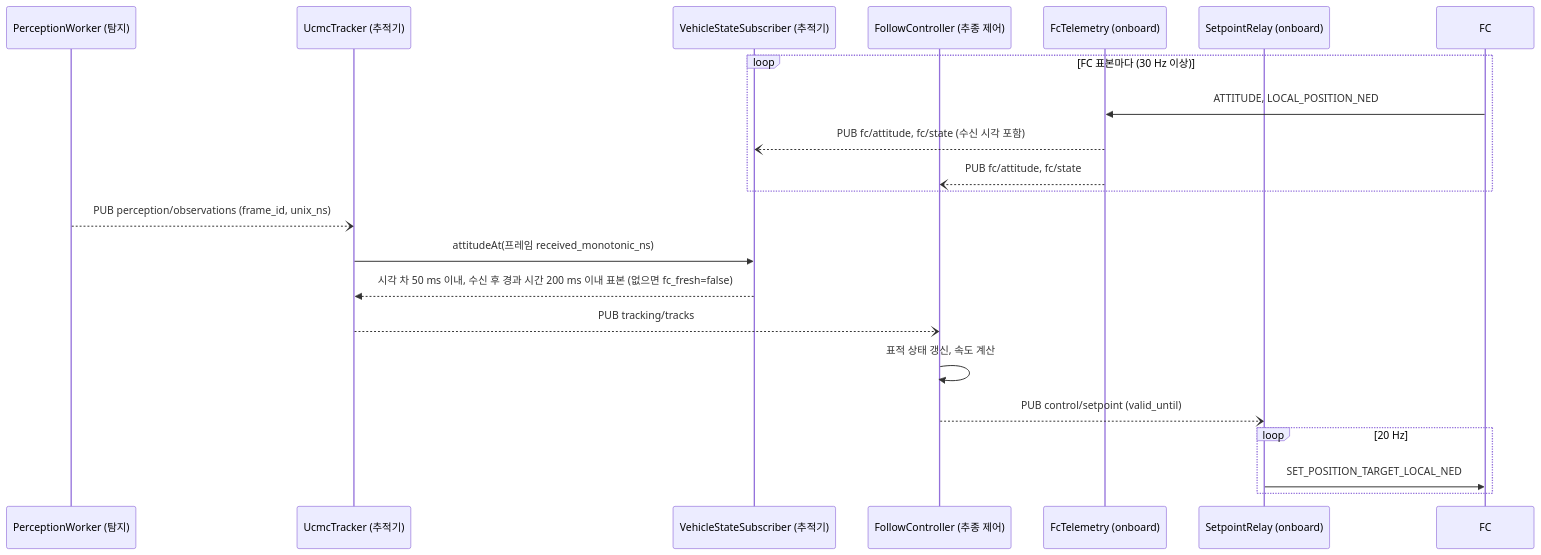
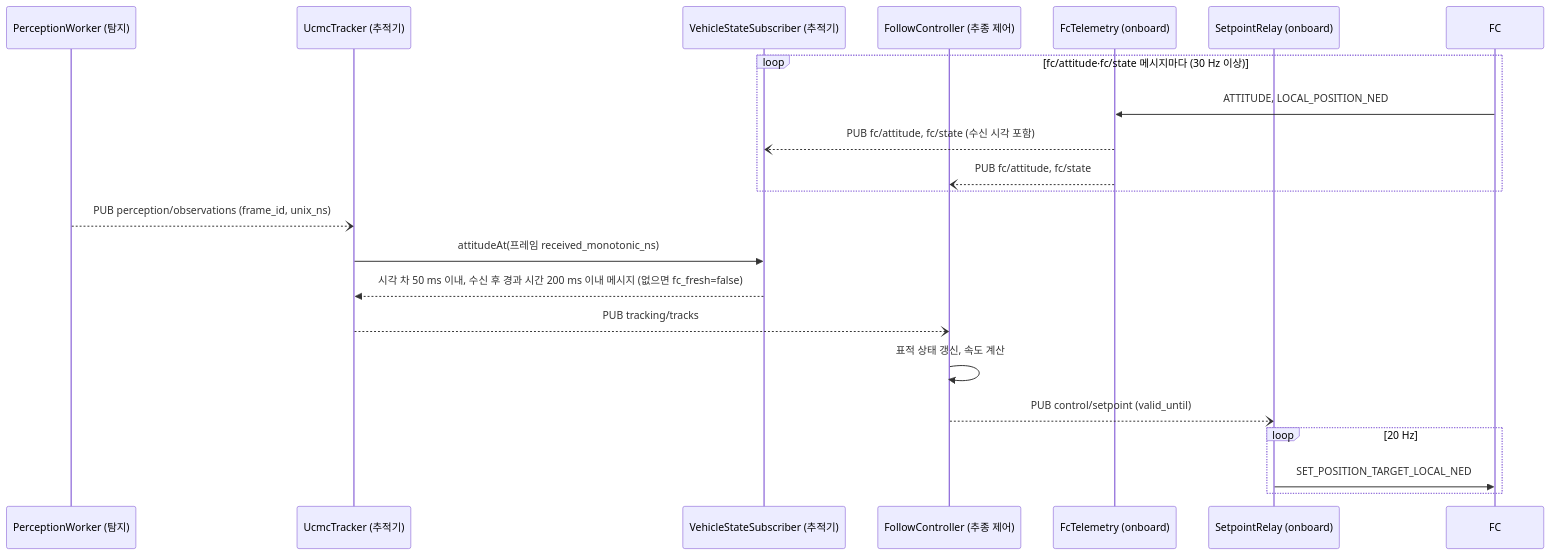
Before and after one commit to lig-argus/argus-edge-vision: the second of 4 diagrams in docs/design/uml/sequence.md, drawn with Mermaid. The commit also changed other lines of this file and 3 other files, not shown here.

First line of the commit message:
docs: UML 표적 상태 transition 확정, FC 표본·단조 시각 표현 수정

````diff
--- a/docs/design/uml/sequence.md
+++ b/docs/design/uml/sequence.md
@@ -56,25 +56,25 @@
 ```mermaid
 sequenceDiagram
     participant vis as PerceptionWorker (탐지)
     participant trk as UcmcTracker (추적기)
     participant vss as VehicleStateSubscriber (추적기)
     participant ctl as FollowController (추종 제어)
     participant fct as FcTelemetry (onboard)
     participant spr as SetpointRelay (onboard)
     participant fc as FC
 
-    loop FC 표본마다 (30 Hz 이상)
+    loop fc/attitude·fc/state 메시지마다 (30 Hz 이상)
         fc->>fct: ATTITUDE, LOCAL_POSITION_NED
         fct--)vss: PUB fc/attitude, fc/state (수신 시각 포함)
         fct--)ctl: PUB fc/attitude, fc/state
     end
     vis--)trk: PUB perception/observations (frame_id, unix_ns)
     trk->>vss: attitudeAt(프레임 received_monotonic_ns)
-    vss-->>trk: 시각 차 50 ms 이내, 수신 후 경과 시간 200 ms 이내 표본 (없으면 fc_fresh=false)
+    vss-->>trk: 시각 차 50 ms 이내, 수신 후 경과 시간 200 ms 이내 메시지 (없으면 fc_fresh=false)
     trk--)ctl: PUB tracking/tracks
     ctl->>ctl: 표적 상태 갱신, 속도 계산
     ctl--)spr: PUB control/setpoint (valid_until)
     loop 20 Hz
         spr->>fc: SET_POSITION_TARGET_LOCAL_NED
     end
 ```
````
